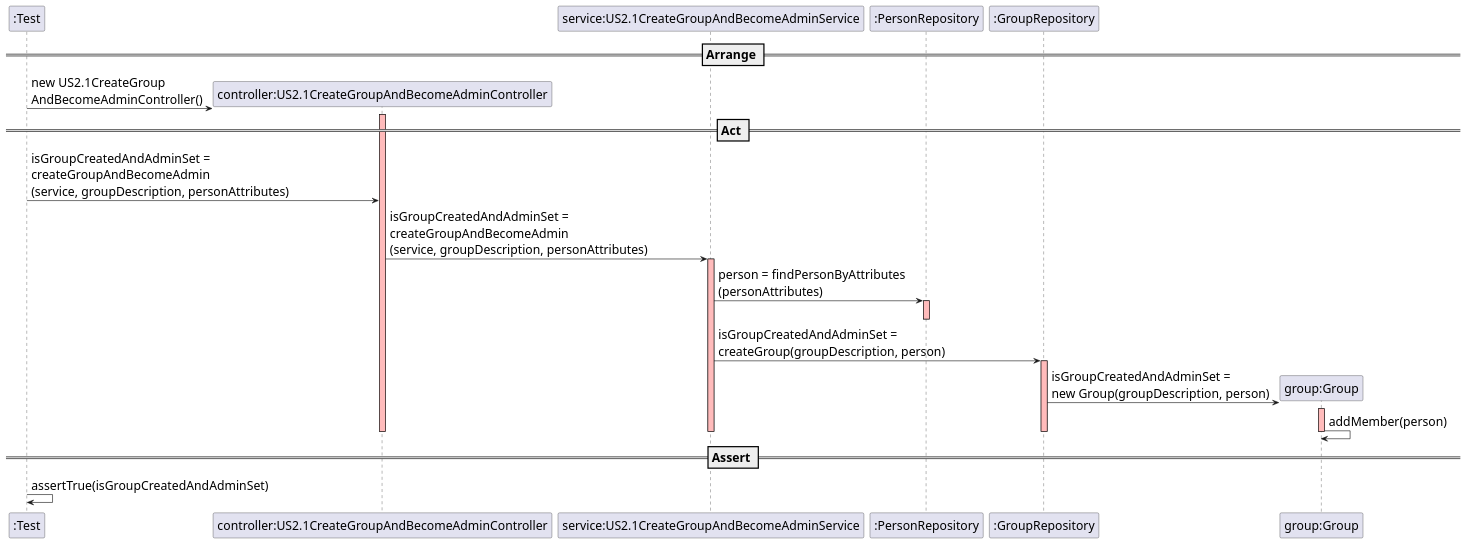
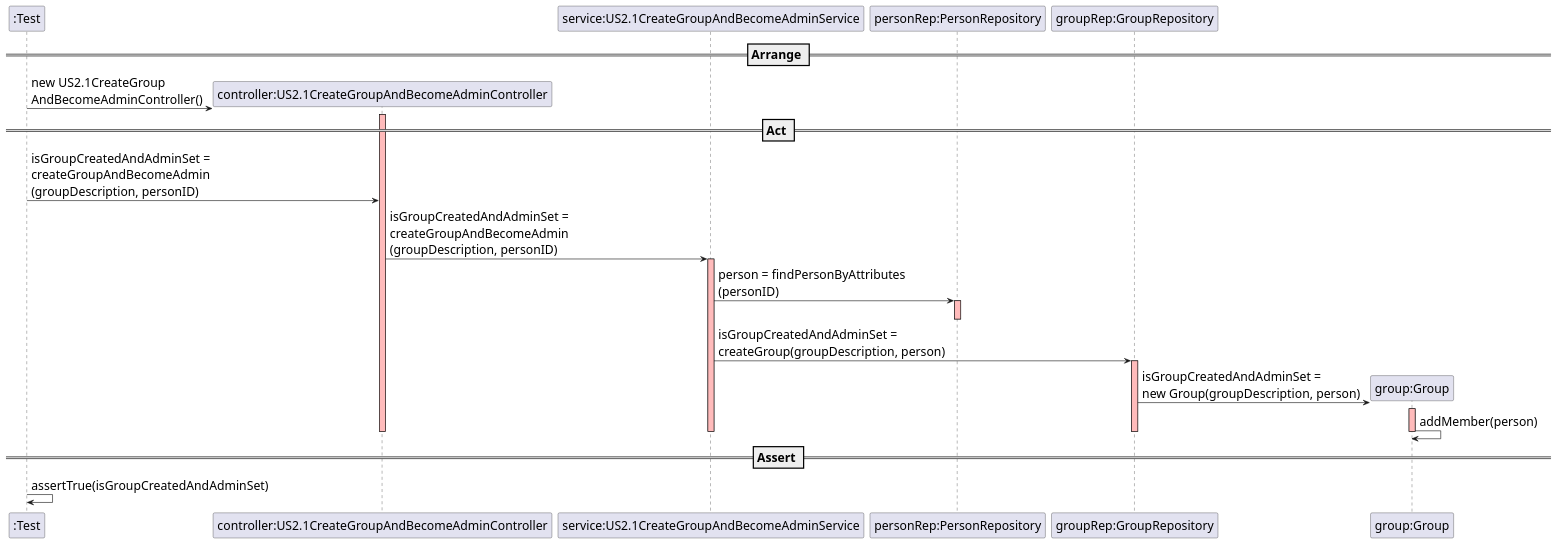
Before and after one commit to mleitaoribeiro/DevOpsMaven: the diagram in src/main/java/switch2019/project/controllers/US002.1CreateGroupAndBecomeAdminSD.puml, drawn with PlantUML.

Commit message:
fixes #718 update Sequence Diagram US002.1

```diff
--- a/src/main/java/switch2019/project/controllers/US002.1CreateGroupAndBecomeAdminSD.puml
+++ b/src/main/java/switch2019/project/controllers/US002.1CreateGroupAndBecomeAdminSD.puml
@@ -1,44 +1,44 @@
 @startuml
 skinparam DefaultFontSize 20
 create ":Test"
 
 == Arrange ==
 
 create "controller:US2.1CreateGroupAndBecomeAdminController"
 ":Test" -> "controller:US2.1CreateGroupAndBecomeAdminController" : new US2.1CreateGroup\nAndBecomeAdminController()
 activate "controller:US2.1CreateGroupAndBecomeAdminController" #FFBBBB
 
 participant "service:US2.1CreateGroupAndBecomeAdminService"
-participant ":PersonRepository"
-participant ":GroupRepository"
+participant "personRep:PersonRepository"
+participant "groupRep:GroupRepository"
 
 == Act ==
 
-":Test" -> "controller:US2.1CreateGroupAndBecomeAdminController" : isGroupCreatedAndAdminSet = \ncreateGroupAndBecomeAdmin\n(service, groupDescription, personAttributes)
+":Test" -> "controller:US2.1CreateGroupAndBecomeAdminController" : isGroupCreatedAndAdminSet = \ncreateGroupAndBecomeAdmin\n(groupDescription, personID)
 
-"controller:US2.1CreateGroupAndBecomeAdminController" -> "service:US2.1CreateGroupAndBecomeAdminService": isGroupCreatedAndAdminSet = \ncreateGroupAndBecomeAdmin\n(service, groupDescription, personAttributes)
+"controller:US2.1CreateGroupAndBecomeAdminController" -> "service:US2.1CreateGroupAndBecomeAdminService": isGroupCreatedAndAdminSet = \ncreateGroupAndBecomeAdmin\n(groupDescription, personID)
 activate "service:US2.1CreateGroupAndBecomeAdminService" #FFBBBB
 
-"service:US2.1CreateGroupAndBecomeAdminService" -> ":PersonRepository" : person = findPersonByAttributes\n(personAttributes)
-activate ":PersonRepository" #FFBBBB
-deactivate ":PersonRepository"
+"service:US2.1CreateGroupAndBecomeAdminService" -> "personRep:PersonRepository" : person = findPersonByAttributes\n(personID)
+activate "personRep:PersonRepository" #FFBBBB
+deactivate "personRep:PersonRepository"
 
-"service:US2.1CreateGroupAndBecomeAdminService" -> ":GroupRepository" : isGroupCreatedAndAdminSet = \ncreateGroup(groupDescription, person)
-activate ":GroupRepository" #FFBBBB
+"service:US2.1CreateGroupAndBecomeAdminService" -> "groupRep:GroupRepository" : isGroupCreatedAndAdminSet = \ncreateGroup(groupDescription, person)
+activate "groupRep:GroupRepository" #FFBBBB
 
 create "group:Group"
-":GroupRepository" -> "group:Group" : isGroupCreatedAndAdminSet =\nnew Group(groupDescription, person)
+"groupRep:GroupRepository" -> "group:Group" : isGroupCreatedAndAdminSet =\nnew Group(groupDescription, person)
 activate "group:Group" #FFBBBB
 "group:Group" -> "group:Group" : addMember(person)
 
 deactivate "group:Group"
-deactivate ":GroupRepository"
-deactivate ":PersonRepository"
+deactivate "groupRep:GroupRepository"
+deactivate "personRep:PersonRepository"
 deactivate "service:US2.1CreateGroupAndBecomeAdminService"
 deactivate "controller:US2.1CreateGroupAndBecomeAdminController"
 
 == Assert ==
 
 ":Test" -> ":Test" : assertTrue(isGroupCreatedAndAdminSet)
 
 @enduml
```
